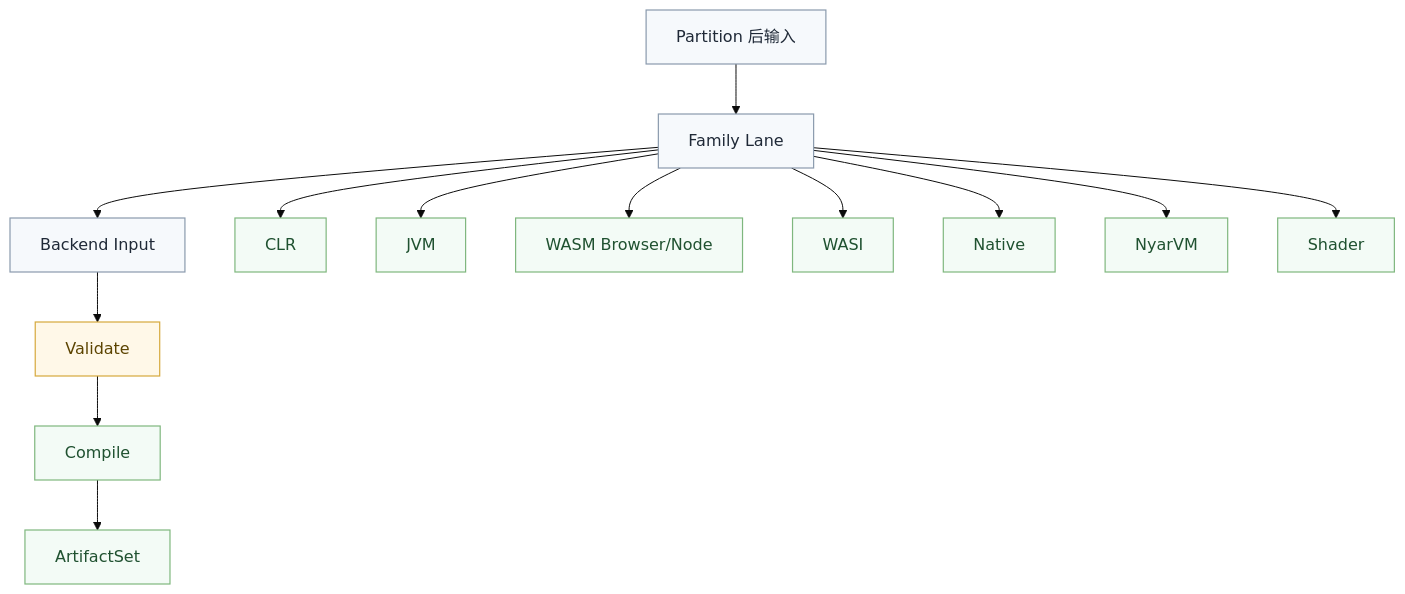
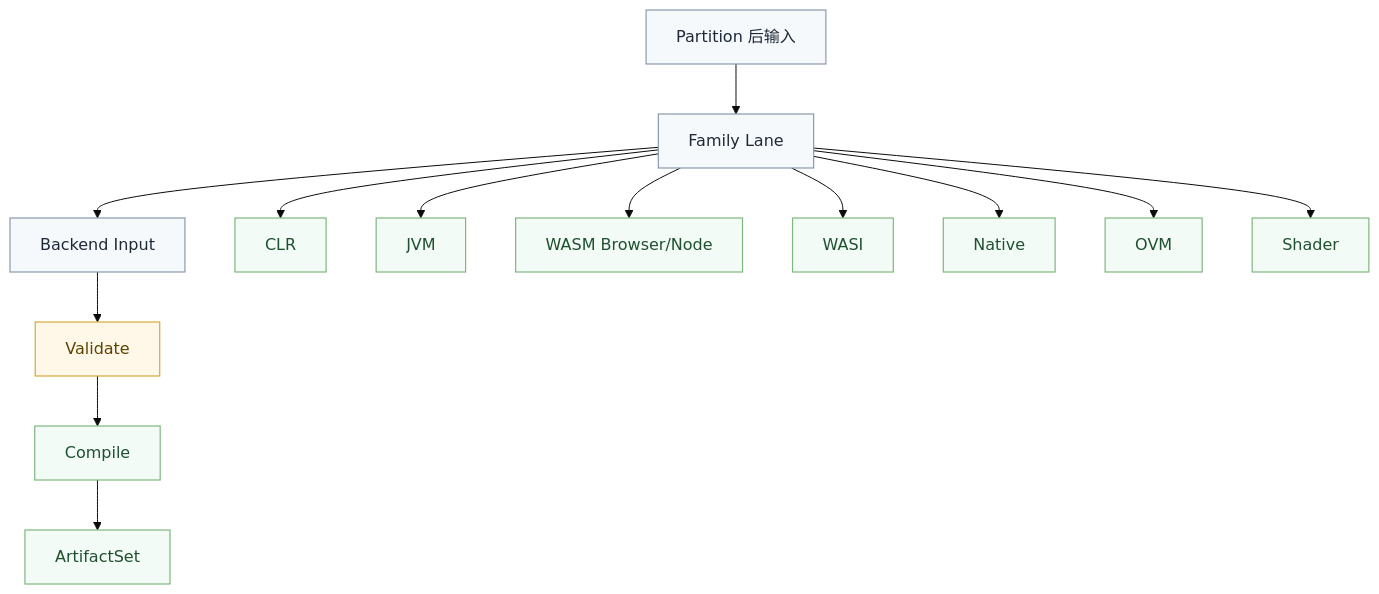
The diagram in documentation/pages/zh-hans/maintainer/target-family-contract.md (valkyrie-language/valkyrie.v), drawn with Mermaid (base theme) before and after one commit. The commit also changed other lines of this file and 79 other files, not shown here.

First line of the commit message:
🔥 Rename `std.adaptor.nyar` to `std.adaptor.ovm` and align target aliases

````diff
--- a/documentation/pages/zh-hans/maintainer/target-family-contract.md
+++ b/documentation/pages/zh-hans/maintainer/target-family-contract.md
@@ -15,34 +15,34 @@
 ```mermaid
 flowchart TD
     Partition[Partition 后输入]
     Lane[Family Lane]
     BackendInput[Backend Input]
     Validate[Validate]
     Compile[Compile]
     ArtifactSet[ArtifactSet]
 
     CLR[CLR]
     JVM[JVM]
     WASM[WASM Browser/Node]
     WASI[WASI]
     Native[Native]
-    NyarVM[NyarVM]
+    OVM[OVM]
     Shader[Shader]
 
     Partition --> Lane --> BackendInput --> Validate --> Compile --> ArtifactSet
     Lane --> CLR
     Lane --> JVM
     Lane --> WASM
     Lane --> WASI
     Lane --> Native
-    Lane --> NyarVM
+    Lane --> OVM
     Lane --> Shader
 
     classDef phase fill:#f6f9fc,stroke:#8a9aad,stroke-width:1.2px,color:#1f2937;
     classDef boundary fill:#fff8e8,stroke:#d6a93d,stroke-width:1.2px,color:#5c4400;
     classDef delivery fill:#f3fbf6,stroke:#7fb77e,stroke-width:1.2px,color:#1f5130;
 
     class Partition,Lane,BackendInput phase;
     class Validate boundary;
-    class Compile,ArtifactSet,CLR,JVM,WASM,WASI,Native,NyarVM,Shader delivery;
+    class Compile,ArtifactSet,CLR,JVM,WASM,WASI,Native,OVM,Shader delivery;
 ```
````
